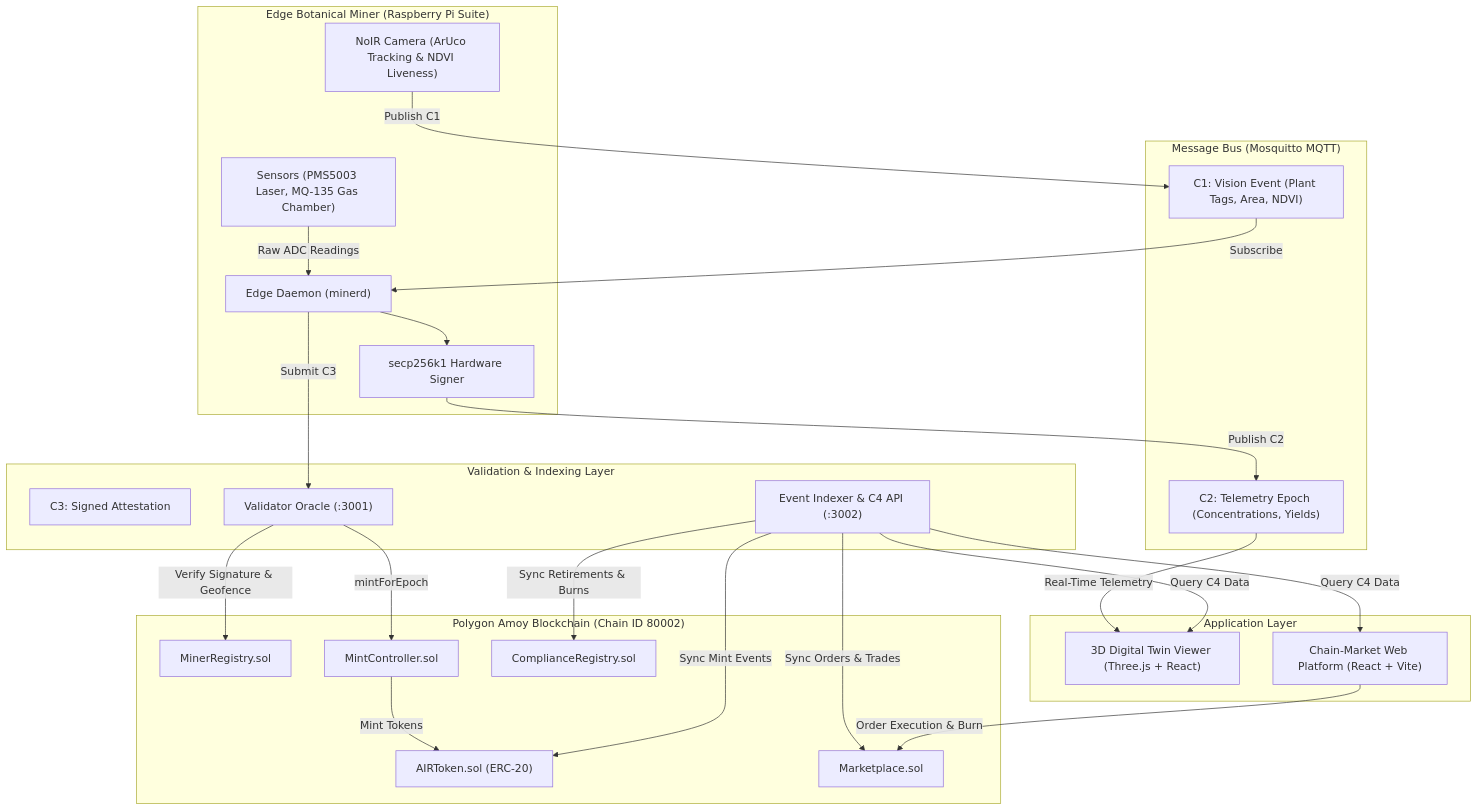
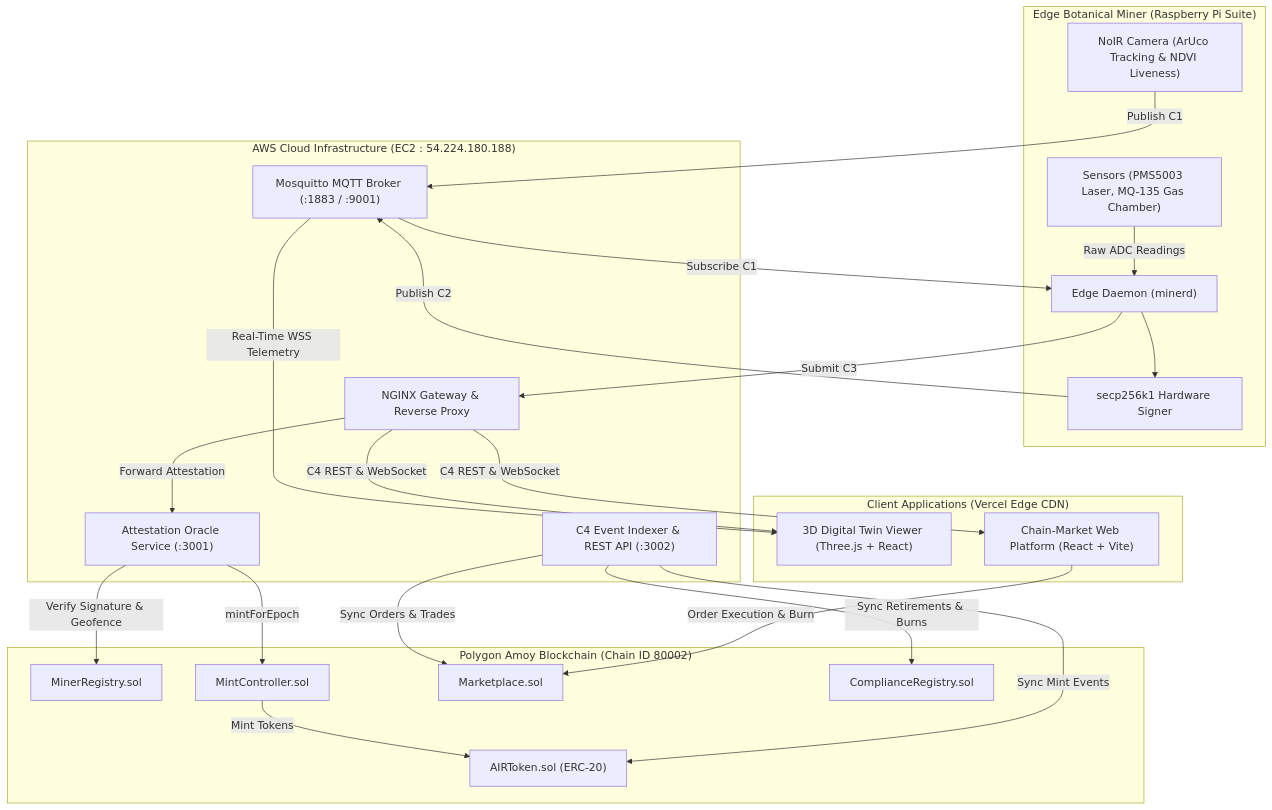
The diagram in README.md (prabhu-omkar/AIRcoin), drawn with Mermaid before and after one commit. The commit also changed other lines of this file, not shown here.

Commit message:
docs: align README with WeMakeDevs x AWS Environmental Hacks Track 01 Air

````diff
--- a/README.md
+++ b/README.md
@@ -95,53 +165,50 @@
 ```mermaid
 graph TD
     subgraph EdgeDevice ["Edge Botanical Miner (Raspberry Pi Suite)"]
         Cam["NoIR Camera (ArUco Tracking & NDVI Liveness)"]
         Sensors["Sensors (PMS5003 Laser, MQ-135 Gas Chamber)"]
         Daemon["Edge Daemon (minerd)"]
         Signer["secp256k1 Hardware Signer"]
     end
 
-    subgraph Messaging ["Message Bus (Mosquitto MQTT)"]
-        C1["C1: Vision Event (Plant Tags, Area, NDVI)"]
-        C2["C2: Telemetry Epoch (Concentrations, Yields)"]
-    end
-
-    subgraph Oracle ["Validation & Indexing Layer"]
-        C3["C3: Signed Attestation"]
-        Validator["Validator Oracle (:3001)"]
-        Indexer["Event Indexer & C4 API (:3002)"]
+    subgraph AWSCloud ["AWS Cloud Infrastructure (EC2 : 54.224.180.188)"]
+        Gateway["NGINX Gateway & Reverse Proxy"]
+        MQTT["Mosquitto MQTT Broker (:1883 / :9001)"]
+        Validator["Attestation Oracle Service (:3001)"]
+        Indexer["C4 Event Indexer & REST API (:3002)"]
     end
 
     subgraph Blockchain ["Polygon Amoy Blockchain (Chain ID 80002)"]
         MR["MinerRegistry.sol"]
         MC["MintController.sol"]
         AIR["AIRToken.sol (ERC-20)"]
         MP["Marketplace.sol"]
         CR["ComplianceRegistry.sol"]
     end
 
-    subgraph Applications ["Application Layer"]
+    subgraph ClientApps ["Client Applications (Vercel Edge CDN)"]
         Twin["3D Digital Twin Viewer (Three.js + React)"]
         Market["Chain-Market Web Platform (React + Vite)"]
     end
 
-    Cam -->|Publish C1| C1
+    Cam -->|Publish C1| MQTT
     Sensors -->|Raw ADC Readings| Daemon
-    C1 -->|Subscribe| Daemon
+    MQTT -->|Subscribe C1| Daemon
     Daemon --> Signer
-    Signer -->|Publish C2| C2
-    Daemon -->|Submit C3| Validator
+    Signer -->|Publish C2| MQTT
+    Daemon -->|Submit C3| Gateway
 
+    Gateway -->|Forward Attestation| Validator
     Validator -->|Verify Signature & Geofence| MR
     Validator -->|mintForEpoch| MC
     MC -->|Mint Tokens| AIR
 
     Indexer -->|Sync Mint Events| AIR
     Indexer -->|Sync Orders & Trades| MP
     Indexer -->|Sync Retirements & Burns| CR
 
-    C2 -->|Real-Time Telemetry| Twin
-    Indexer -->|Query C4 Data| Twin
-    Indexer -->|Query C4 Data| Market
+    MQTT -->|Real-Time WSS Telemetry| Twin
+    Gateway -->|C4 REST & WebSocket| Twin
+    Gateway -->|C4 REST & WebSocket| Market
     Market -->|Order Execution & Burn| MP
 ```
````
